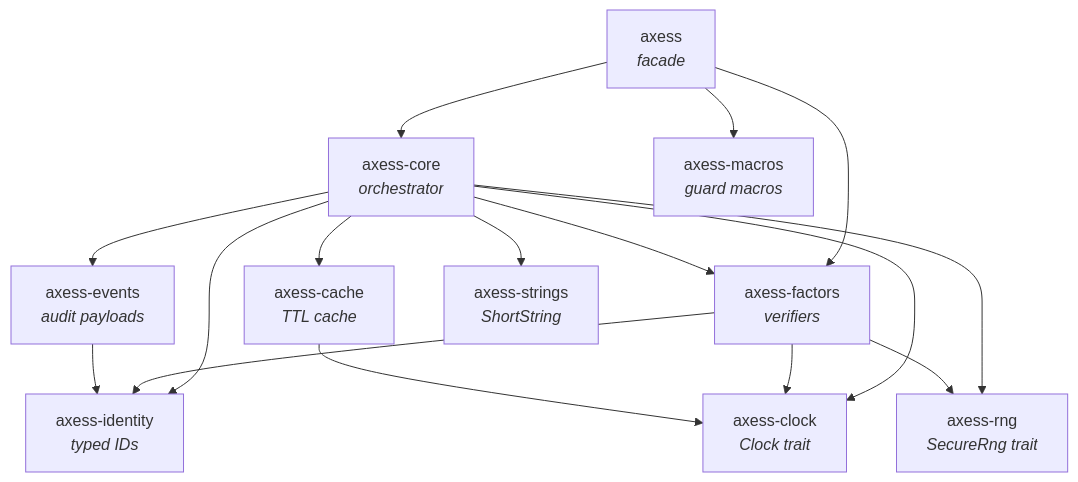
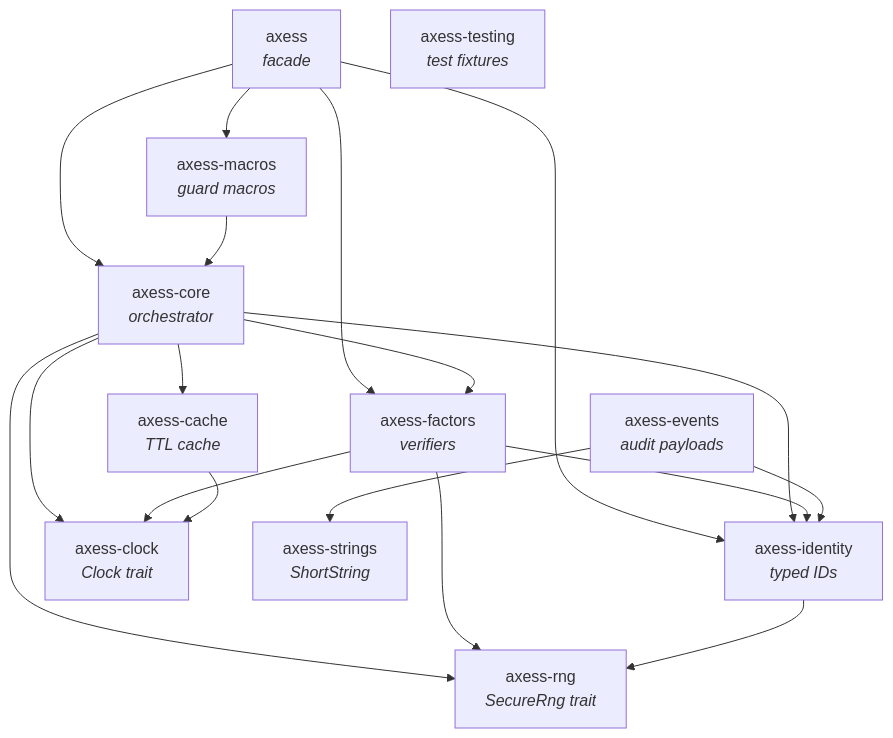
One commit to GnomesOfZurich/axess changed the first of 2 diagrams in docs/intro/architecture.md. Above: the diagram before and after it, drawn with Mermaid. The commit also changed other lines of this file and 1460 other files, not shown here.

````diff
--- a/docs/intro/architecture.md
+++ b/docs/intro/architecture.md
@@ -20,32 +20,36 @@
 ```mermaid
 flowchart TD
   facade["axess<br/><i>facade</i>"]
   core["axess-core<br/><i>orchestrator</i>"]
   factors["axess-factors<br/><i>verifiers</i>"]
   macros["axess-macros<br/><i>guard macros</i>"]
   identity["axess-identity<br/><i>typed IDs</i>"]
   events["axess-events<br/><i>audit payloads</i>"]
   cache["axess-cache<br/><i>TTL cache</i>"]
   clock["axess-clock<br/><i>Clock trait</i>"]
   rng["axess-rng<br/><i>SecureRng trait</i>"]
   strings["axess-strings<br/><i>ShortString</i>"]
+  testing["axess-testing<br/><i>test fixtures</i>"]
 
   facade --> core
   facade --> factors
   facade --> macros
+  facade --> identity
+
+  macros --> core
 
   core --> factors
   core --> identity
-  core --> events
   core --> cache
   core --> clock
   core --> rng
-  core --> strings
 
   factors --> identity
   factors --> clock
   factors --> rng
 
+  identity --> rng
   cache --> clock
   events --> identity
+  events --> strings
 ```
````
